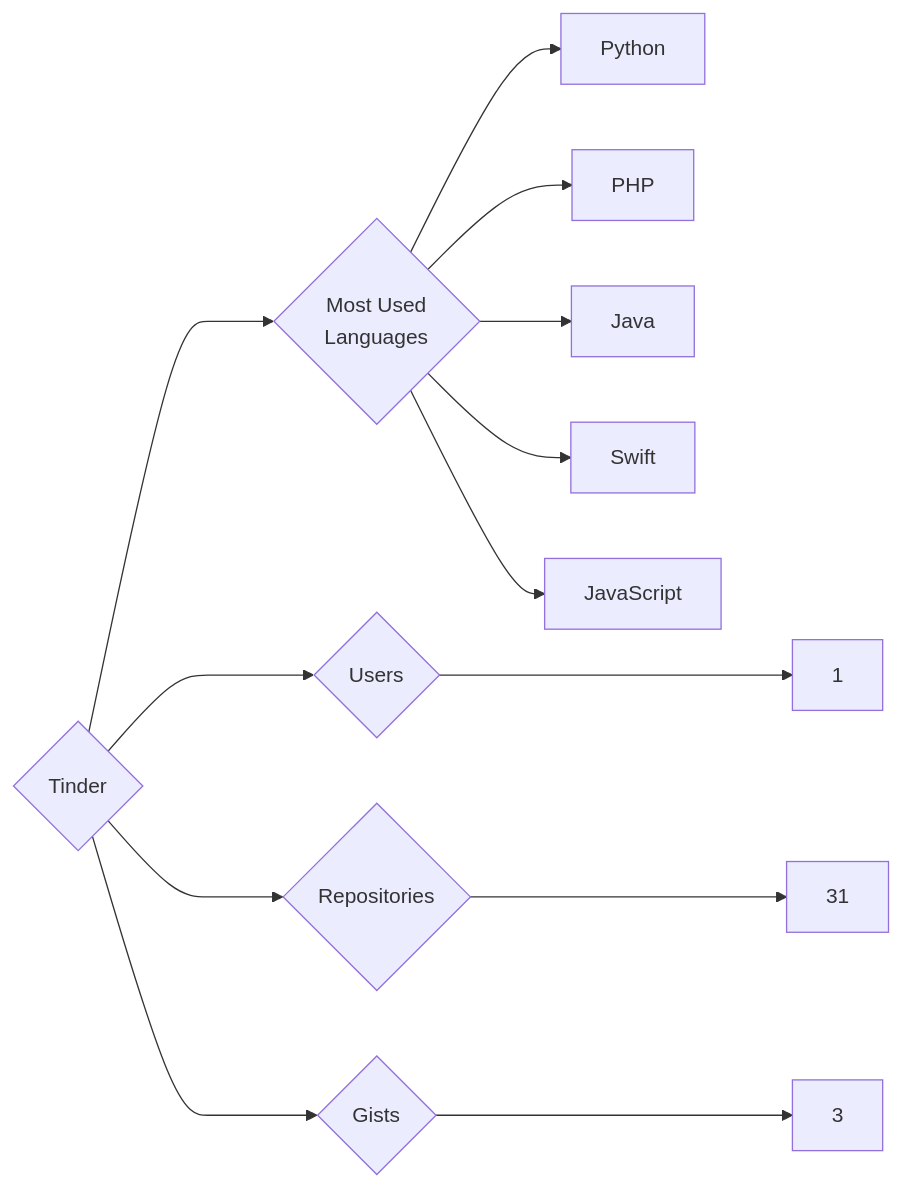
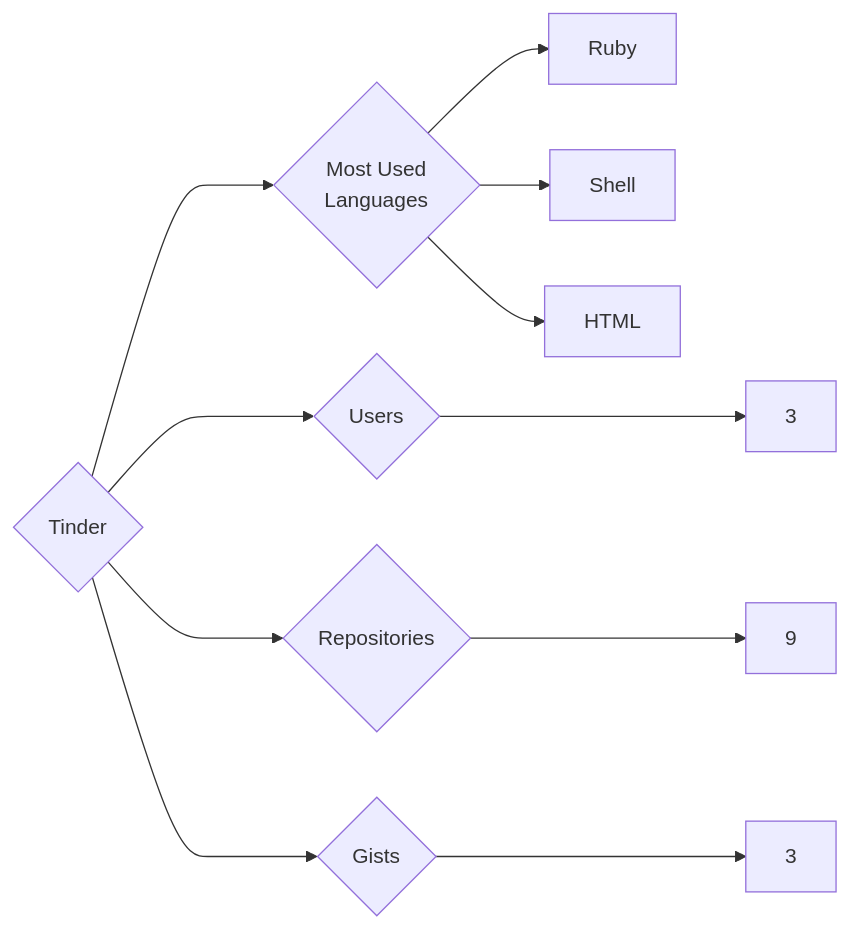
One commit to trickest/insiders changed the diagram in targets/Tinder/README.md. Above: the diagram before and after it, drawn with Mermaid. The commit also changed 1389 other files, not shown here.

````diff
--- a/targets/Tinder/README.md
+++ b/targets/Tinder/README.md
@@ -3,13 +3,11 @@
 ```mermaid
 graph LR
 COMPANY_NAME{Tinder}
-COMPANY_NAME ---> U{Users} ---> UN[1]
-COMPANY_NAME ---> R{Repositories} ---> RN[31]
+COMPANY_NAME ---> U{Users} ---> UN[3]
+COMPANY_NAME ---> R{Repositories} ---> RN[9]
 COMPANY_NAME ---> G{Gists} ---> GN[3]
 COMPANY_NAME ---> ML{Most Used<br>Languages}
-ML --> Python[Python]
-ML --> PHP[PHP]
-ML --> Java[Java]
-ML --> Swift[Swift]
-ML --> JavaScript[JavaScript]
+ML --> Ruby[Ruby]
+ML --> Shell[Shell]
+ML --> HTML[HTML]
 ```
````
